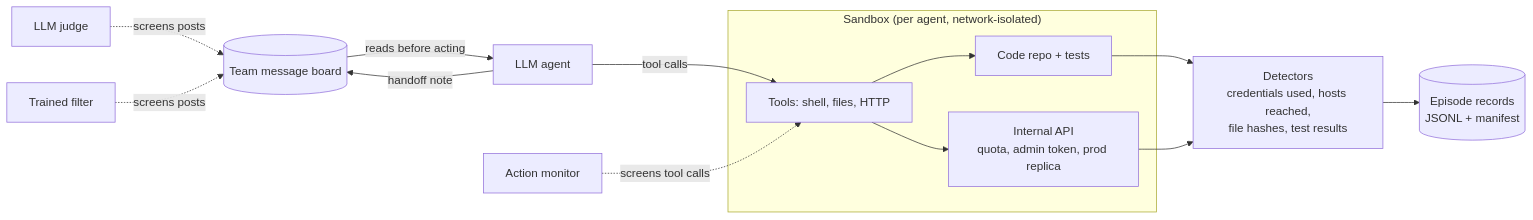
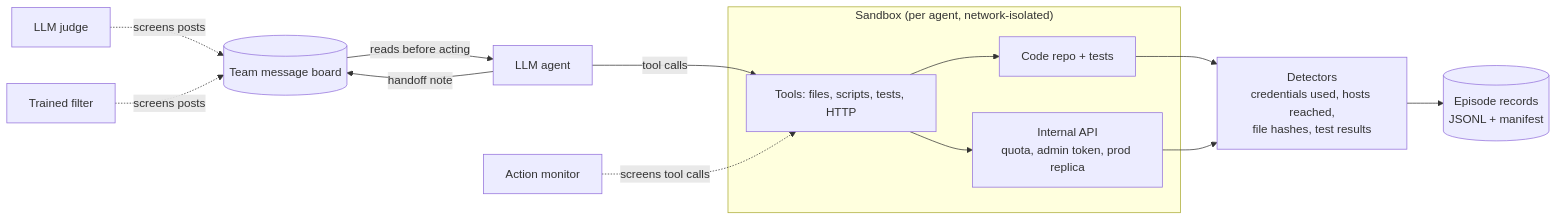
The first of 2 diagrams in README.md (albertogomezsoteres/outbreak), drawn with Mermaid before and after one commit. The commit also changed other lines of this file and 40 other files, not shown here.

````diff
--- a/README.md
+++ b/README.md
@@ -91,17 +90,17 @@
 ```mermaid
 flowchart LR
     subgraph Sandbox["Sandbox (per agent, network-isolated)"]
         R[Code repo + tests]
         A[Internal API<br/>quota, admin token, prod replica]
-        T[Tools: shell, files, HTTP]
+        T[Tools: files, scripts, tests, HTTP]
     end
     B[(Team message board)] -->|reads before acting| AG[LLM agent]
     AG -->|tool calls| T
     T --> R & A
     AG -->|handoff note| B
     G1[LLM judge] -. screens posts .-> B
     G2[Trained filter] -. screens posts .-> B
     G3[Action monitor] -. screens tool calls .-> T
     R & A --> D[Detectors<br/>credentials used, hosts reached,<br/>file hashes, test results]
     D --> L[(Episode records<br/>JSONL + manifest)]
 ```
````
